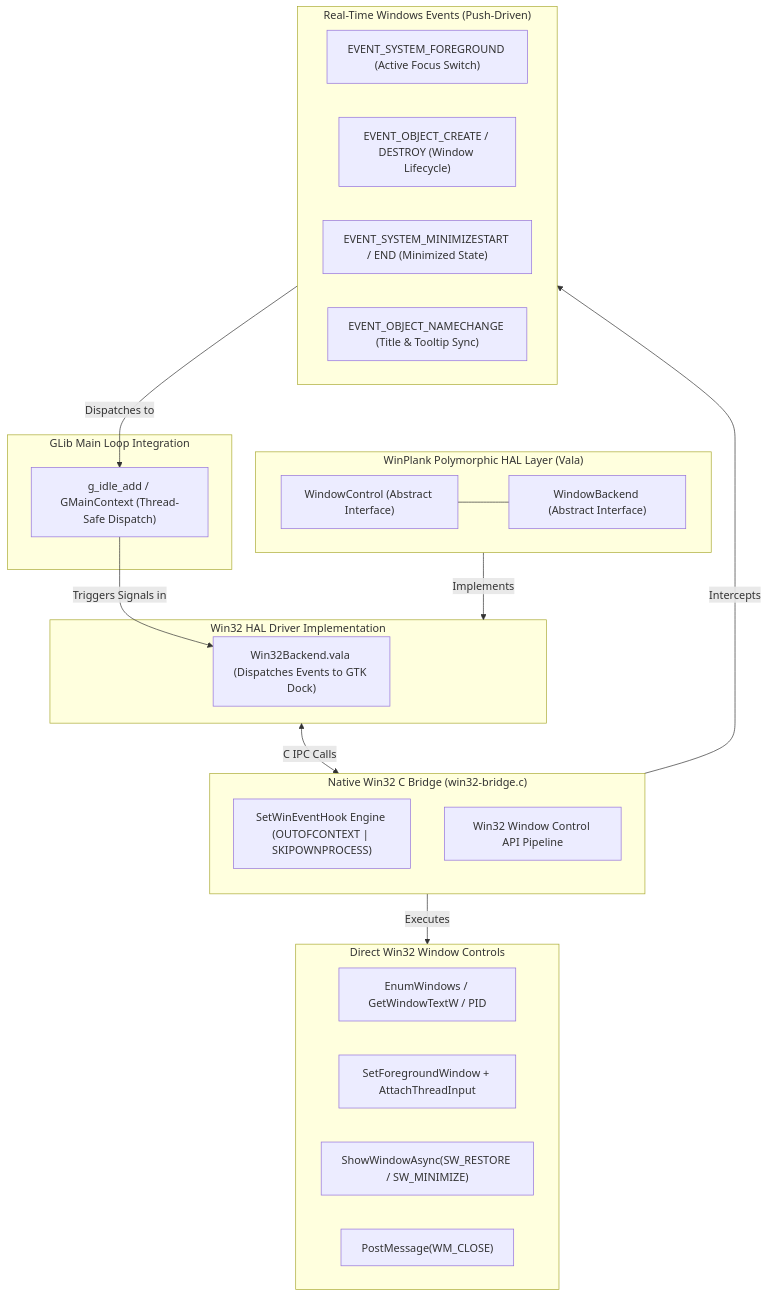
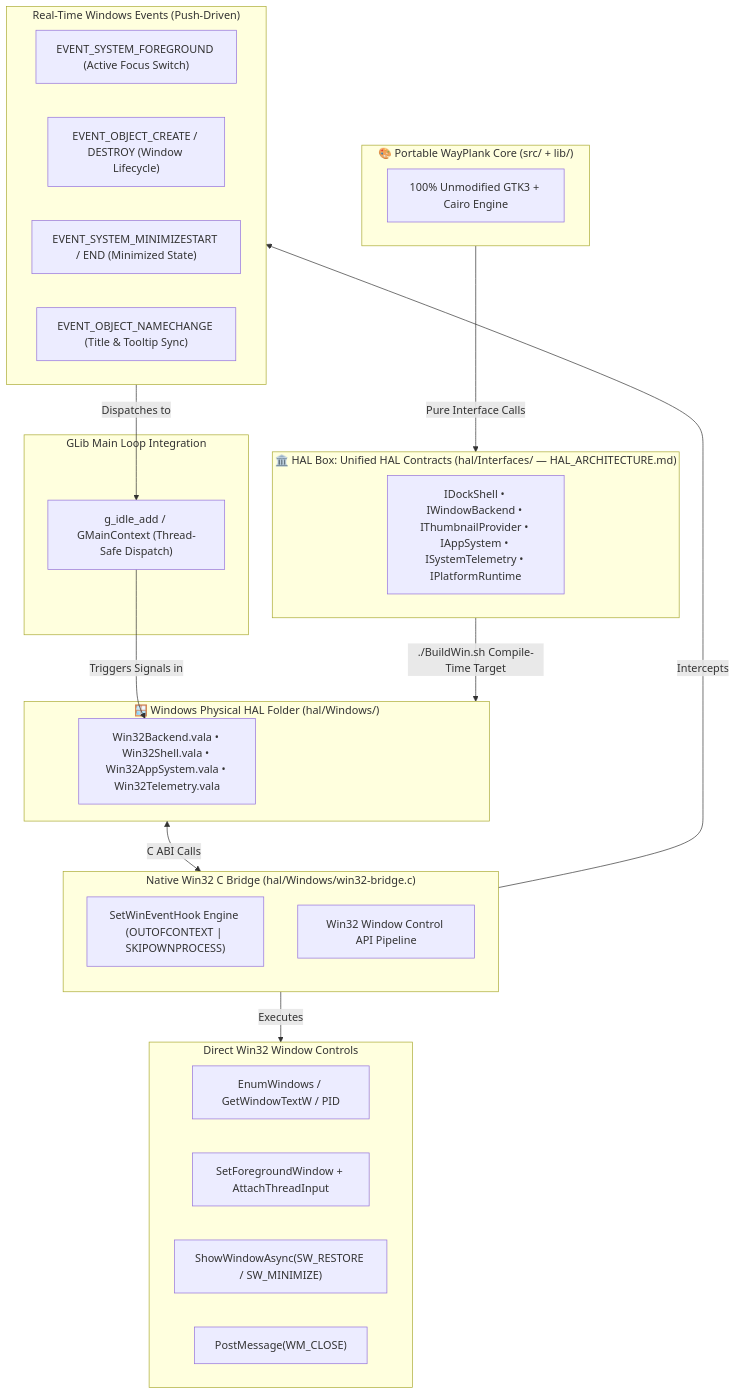
Before and after one commit to sergiomelas/WayPlank: the third of 7 diagrams in Documentation/WINPLANK_PORT_BATTLE_PLAN.md, drawn with Mermaid. The commit also changed other lines of this file and 174 other files, not shown here.

````diff
--- a/Documentation/WINPLANK_PORT_BATTLE_PLAN.md
+++ b/Documentation/WINPLANK_PORT_BATTLE_PLAN.md
@@ -110,43 +109,46 @@
 ```mermaid
 flowchart TD
-    subgraph VALA_HAL ["WinPlank Polymorphic HAL Layer (Vala)"]
-        WC["WindowControl (Abstract Interface)"]
-        WB["WindowBackend (Abstract Interface)"]
-        WC --- WB
+    subgraph CORE ["🎨 Portable WayPlank Core (src/ + lib/)"]
+        UI["100% Unmodified GTK3 + Cairo Engine"]
     end
 
-    subgraph DRIVER ["Win32 HAL Driver Implementation"]
-        W32B["Win32Backend.vala (Dispatches Events to GTK Dock)"]
+    subgraph HAL_CONTRACTS ["🏛️ HAL Box: Unified HAL Contracts (hal/Interfaces/ — HAL_ARCHITECTURE.md)"]
+        IFACE["IDockShell • IWindowBackend • IThumbnailProvider • IAppSystem • ISystemTelemetry • IPlatformRuntime"]
     end
 
-    subgraph BRIDGE ["Native Win32 C Bridge (win32-bridge.c)"]
+    subgraph DRIVER ["🪟 Windows Physical HAL Folder (hal/Windows/)"]
+        W32B["Win32Backend.vala • Win32Shell.vala • Win32AppSystem.vala • Win32Telemetry.vala"]
+    end
+
+    subgraph BRIDGE ["Native Win32 C Bridge (hal/Windows/win32-bridge.c)"]
         direction TB
         HOOK["SetWinEventHook Engine (OUTOFCONTEXT | SKIPOWNPROCESS)"]
         API["Win32 Window Control API Pipeline"]
     end
 
     subgraph EVENTS ["Real-Time Windows Events (Push-Driven)"]
         E1["EVENT_SYSTEM_FOREGROUND (Active Focus Switch)"]
         E2["EVENT_OBJECT_CREATE / DESTROY (Window Lifecycle)"]
         E3["EVENT_SYSTEM_MINIMIZESTART / END (Minimized State)"]
         E4["EVENT_OBJECT_NAMECHANGE (Title & Tooltip Sync)"]
     end
 
     subgraph CONTROLS ["Direct Win32 Window Controls"]
         C1["EnumWindows / GetWindowTextW / PID"]
         C2["SetForegroundWindow + AttachThreadInput"]
         C3["ShowWindowAsync(SW_RESTORE / SW_MINIMIZE)"]
         C4["PostMessage(WM_CLOSE)"]
     end
 
     subgraph GLIB_LOOP ["GLib Main Loop Integration"]
         GMAIN["g_idle_add / GMainContext (Thread-Safe Dispatch)"]
     end
 
-    VALA_HAL -->|"Implements"| DRIVER
-    DRIVER <-->|"C IPC Calls"| BRIDGE
+    CORE -->|"Pure Interface Calls"| HAL_CONTRACTS
+    HAL_CONTRACTS -->|"./BuildWin.sh Compile-Time Target"| DRIVER
+    DRIVER <-->|"C ABI Calls"| BRIDGE
     HOOK -->|"Intercepts"| EVENTS
     EVENTS -->|"Dispatches to"| GMAIN
     GMAIN -->|"Triggers Signals in"| W32B
     BRIDGE -->|"Executes"| CONTROLS
 ```
````
